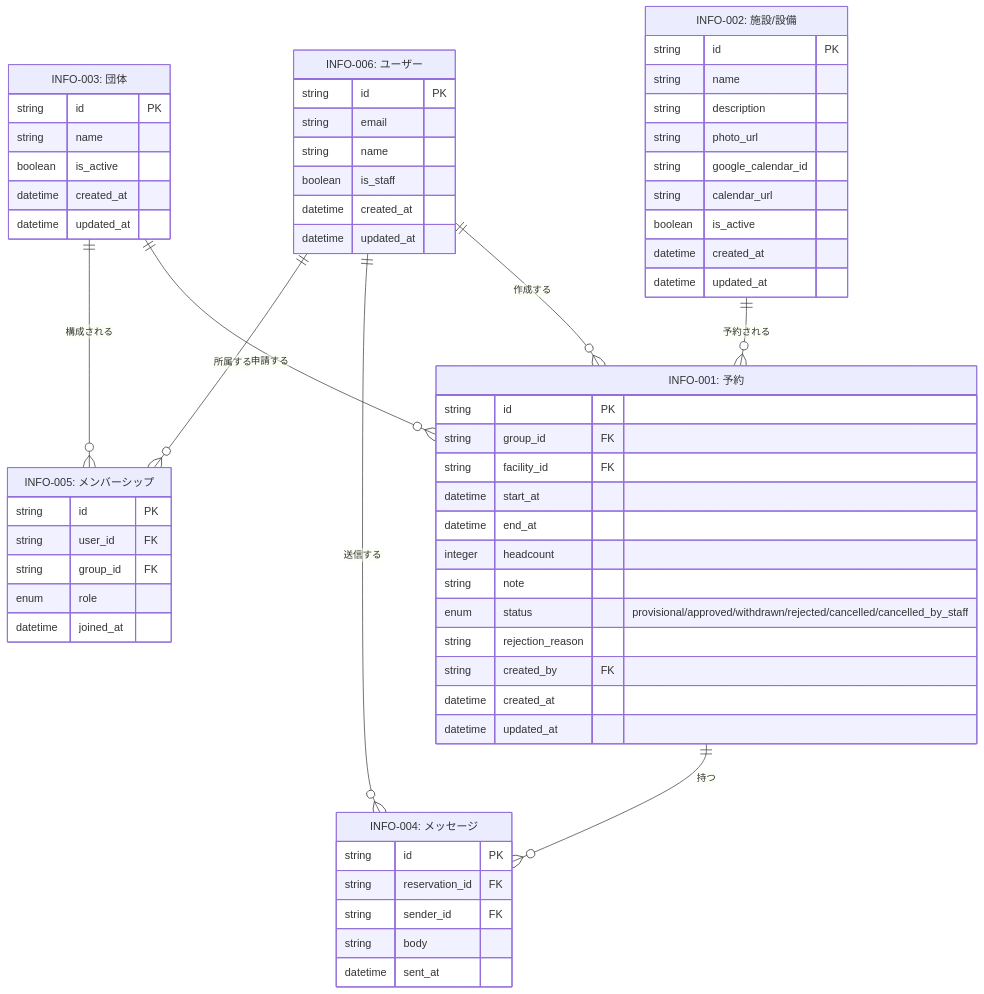
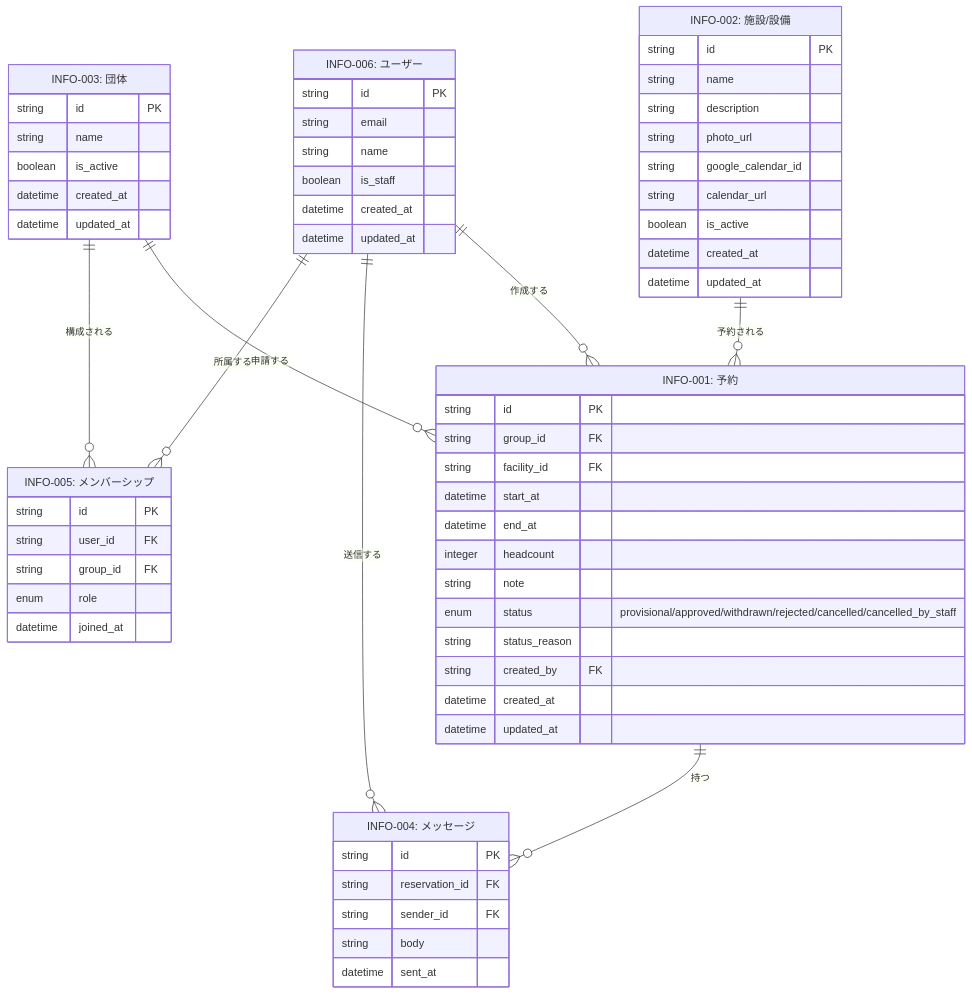
One commit to gdsc-osaka/iclub-reserve changed the diagram in rdra/shared/information-model.md. Above: the diagram before and after it, drawn with Mermaid. The commit also changed other lines of this file and 2 other files, not shown here.

Commit message:
refactor: rejection_reason を status_reason に改名
却下（rejected）と事務局キャンセル（cancelled_by_staff）の両方の理由を
保持する汎用フィールドであることを名前から明確にする。

````diff
--- a/rdra/shared/information-model.md
+++ b/rdra/shared/information-model.md
@@ -258,65 +258,65 @@
 ```mermaid
 erDiagram
     INFO_006 ||--o{ INFO_005 : "所属する"
     INFO_003 ||--o{ INFO_005 : "構成される"
     INFO_003 ||--o{ INFO_001 : "申請する"
     INFO_002 ||--o{ INFO_001 : "予約される"
     INFO_001 ||--o{ INFO_004 : "持つ"
     INFO_006 ||--o{ INFO_004 : "送信する"
     INFO_006 ||--o{ INFO_001 : "作成する"
 
     INFO_006["INFO-006: ユーザー"] {
         string id PK
         string email
         string name
         boolean is_staff
         datetime created_at
         datetime updated_at
     }
     INFO_003["INFO-003: 団体"] {
         string id PK
         string name
         boolean is_active
         datetime created_at
         datetime updated_at
     }
     INFO_005["INFO-005: メンバーシップ"] {
         string id PK
         string user_id FK
         string group_id FK
         enum role
         datetime joined_at
     }
     INFO_002["INFO-002: 施設/設備"] {
         string id PK
         string name
         string description
         string photo_url
         string google_calendar_id
         string calendar_url
         boolean is_active
         datetime created_at
         datetime updated_at
     }
     INFO_001["INFO-001: 予約"] {
         string id PK
         string group_id FK
         string facility_id FK
         datetime start_at
         datetime end_at
         integer headcount
         string note
         enum status "provisional/approved/withdrawn/rejected/cancelled/cancelled_by_staff"
-        string rejection_reason
+        string status_reason
         string created_by FK
         datetime created_at
         datetime updated_at
     }
     INFO_004["INFO-004: メッセージ"] {
         string id PK
         string reservation_id FK
         string sender_id FK
         string body
         datetime sent_at
     }
 ```
````
